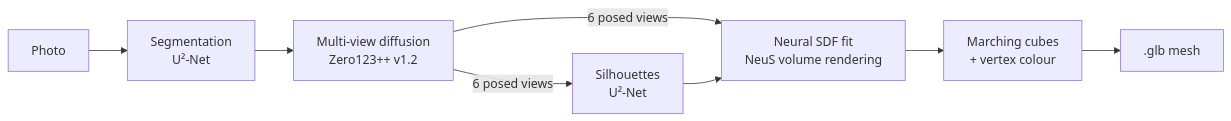
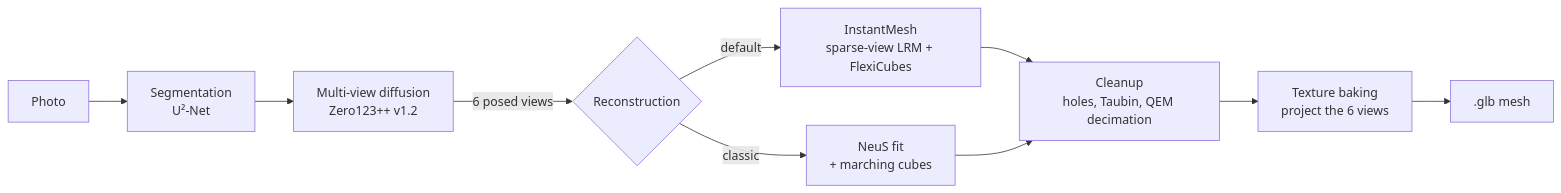
The diagram in README.md (Kareemwafaa/Image-to-3D-mesh), drawn with Mermaid before and after one commit. The commit also changed other lines of this file and 4 other files, not shown here.

````diff
--- a/README.md
+++ b/README.md
@@ -24,10 +24,12 @@
 ```mermaid
 flowchart LR
     A[Photo] --> B["Segmentation<br/>U²-Net"]
     B --> C["Multi-view diffusion<br/>Zero123++ v1.2"]
-    C -->|6 posed views| D["Silhouettes<br/>U²-Net"]
-    C -->|6 posed views| E
-    D --> E["Neural SDF fit<br/>NeuS volume rendering"]
-    E --> F["Marching cubes<br/>+ vertex colour"]
-    F --> G[".glb mesh"]
+    C -->|6 posed views| E{"Reconstruction"}
+    E -->|default| F["InstantMesh<br/>sparse-view LRM + FlexiCubes"]
+    E -->|classic| G["NeuS fit<br/>+ marching cubes"]
+    F --> H["Cleanup<br/>holes, Taubin, QEM decimation"]
+    G --> H
+    H --> I["Texture baking<br/>project the 6 views"]
+    I --> J[".glb mesh"]
 ```
````
